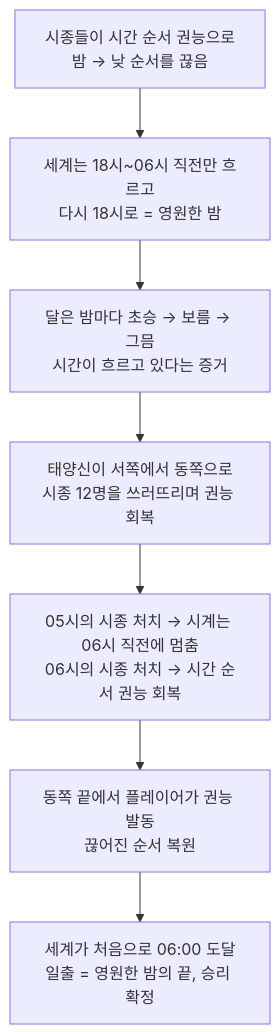
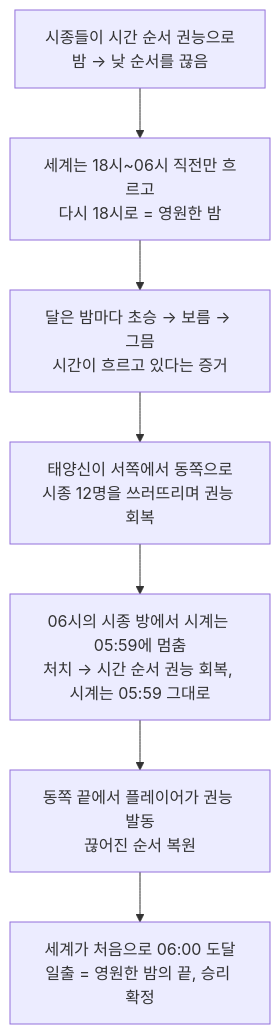
One commit to junseo2k/Math-RPG changed the first of 3 diagrams in Docs/Design/WorldLevelStructure.md. Above: the diagram before and after it, drawn with Mermaid. The commit also changed other lines of this file and 18 other files, not shown here.

````diff
--- a/Docs/Design/WorldLevelStructure.md
+++ b/Docs/Design/WorldLevelStructure.md
@@ -29,9 +29,9 @@
 ```mermaid
 flowchart TD
     A["시종들이 시간 순서 권능으로<br/>밤 → 낮 순서를 끊음"] --> B["세계는 18시~06시 직전만 흐르고<br/>다시 18시로 = 영원한 밤"]
     B --> C["달은 밤마다 초승 → 보름 → 그믐<br/>시간이 흐르고 있다는 증거"]
     C --> D["태양신이 서쪽에서 동쪽으로<br/>시종 12명을 쓰러뜨리며 권능 회복"]
-    D --> E["05시의 시종 처치 → 시계는 06시 직전에 멈춤<br/>06시의 시종 처치 → 시간 순서 권능 회복"]
+    D --> E["06시의 시종 방에서 시계는 05:59에 멈춤<br/>처치 → 시간 순서 권능 회복, 시계는 05:59 그대로"]
     E --> F["동쪽 끝에서 플레이어가 권능 발동<br/>끊어진 순서 복원"]
     F --> G["세계가 처음으로 06:00 도달<br/>일출 = 영원한 밤의 끝, 승리 확정"]
 ```
````
